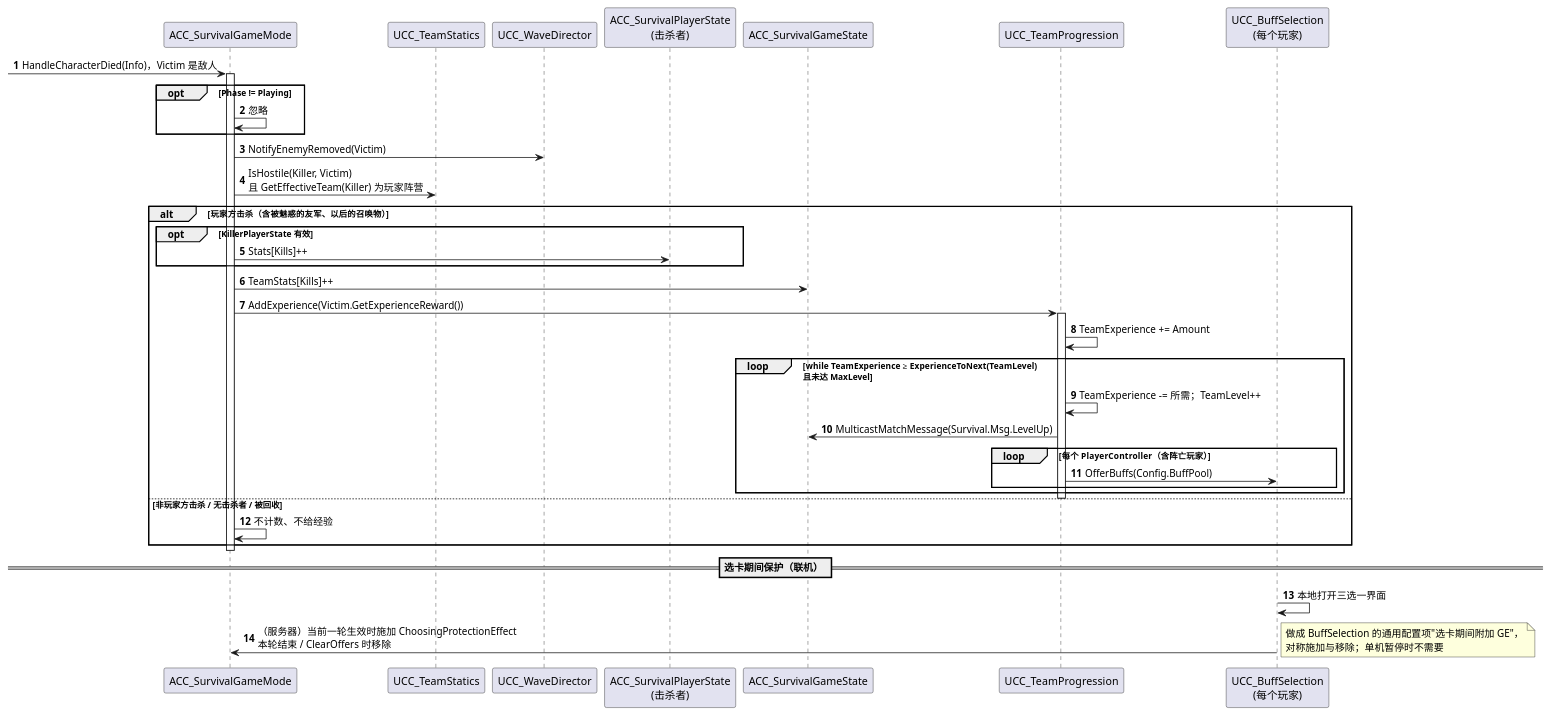
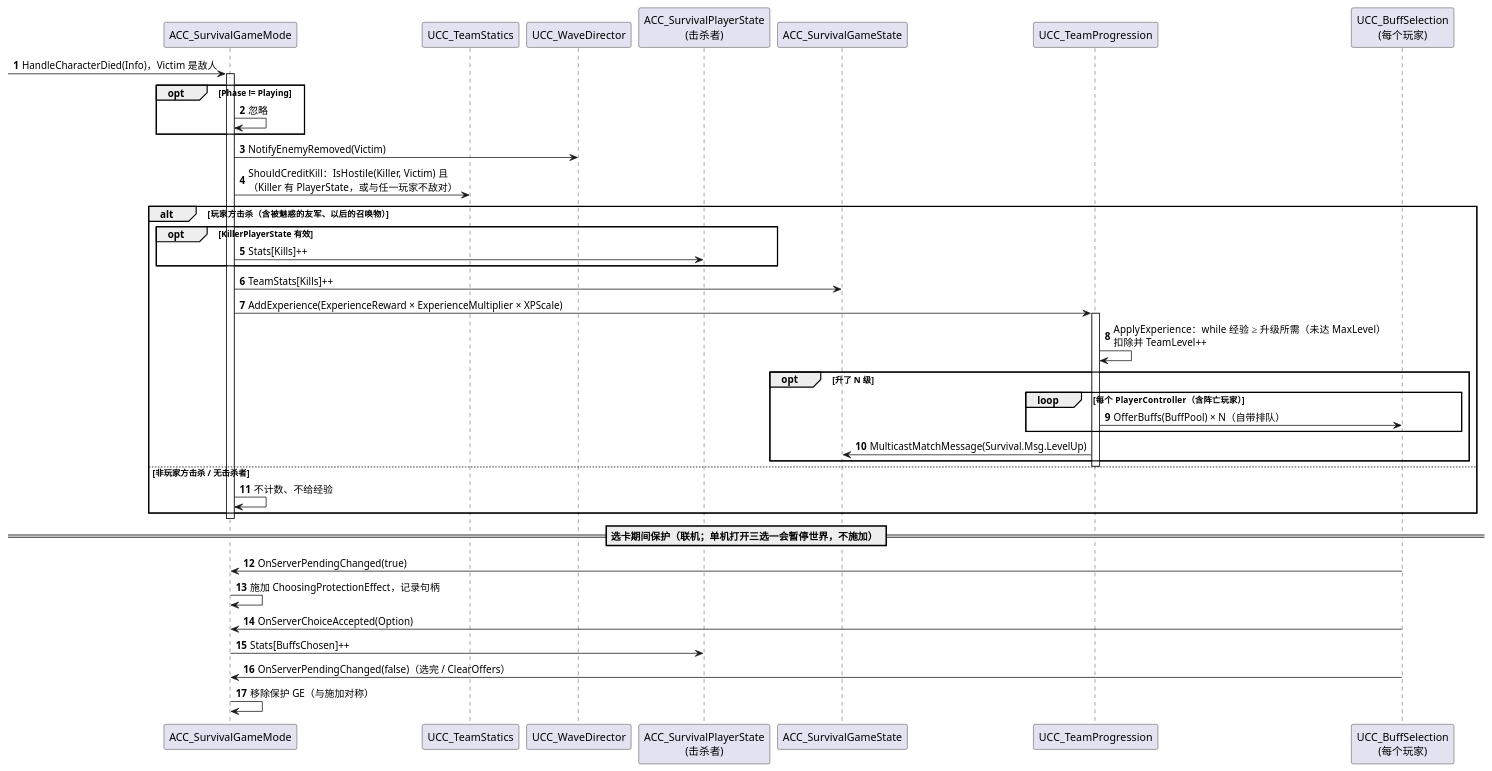
The ninth of 11 diagrams in Docs/SurvivalMode.zh-CN.md (peng984251536/GAS_Demo), drawn with PlantUML before and after one commit. The commit also changed other lines of this file and 141 other files, not shown here.

````diff
--- a/Docs/SurvivalMode.zh-CN.md
+++ b/Docs/SurvivalMode.zh-CN.md
@@ -662,51 +710,50 @@
 ```plantuml
 @startuml 共享经验与升级
 skinparam shadowing false
 skinparam defaultFontName "Microsoft YaHei"
 autonumber
 
 participant "ACC_SurvivalGameMode" as GM
 participant "UCC_TeamStatics" as TEAM
 participant "UCC_WaveDirector" as WD
 participant "ACC_SurvivalPlayerState\n(击杀者)" as KPS
 participant "ACC_SurvivalGameState" as GS
 participant "UCC_TeamProgression" as TP
 participant "UCC_BuffSelection\n(每个玩家)" as BS
 
 [-> GM : HandleCharacterDied(Info)，Victim 是敌人
 activate GM
 opt Phase != Playing
   GM -> GM : 忽略
 end
 GM -> WD : NotifyEnemyRemoved(Victim)
-GM -> TEAM : IsHostile(Killer, Victim)\n且 GetEffectiveTeam(Killer) 为玩家阵营
+GM -> TEAM : ShouldCreditKill：IsHostile(Killer, Victim) 且\n（Killer 有 PlayerState，或与任一玩家不敌对）
 alt 玩家方击杀（含被魅惑的友军、以后的召唤物）
   opt KillerPlayerState 有效
     GM -> KPS : Stats[Kills]++
   end
   GM -> GS : TeamStats[Kills]++
-  GM -> TP : AddExperience(Victim.GetExperienceReward())
+  GM -> TP : AddExperience(ExperienceReward × ExperienceMultiplier × XPScale)
   activate TP
-  TP -> TP : TeamExperience += Amount
-  loop while TeamExperience ≥ ExperienceToNext(TeamLevel)\n且未达 MaxLevel
-    TP -> TP : TeamExperience -= 所需；TeamLevel++
+  TP -> TP : ApplyExperience：while 经验 ≥ 升级所需（未达 MaxLevel）\n扣除并 TeamLevel++
+  opt 升了 N 级
+    loop 每个 PlayerController（含阵亡玩家）
+      TP -> BS : OfferBuffs(BuffPool) × N（自带排队）
+    end
     TP -> GS : MulticastMatchMessage(Survival.Msg.LevelUp)
-    loop 每个 PlayerController（含阵亡玩家）
-      TP -> BS : OfferBuffs(Config.BuffPool)
-    end
   end
   deactivate TP
-else 非玩家方击杀 / 无击杀者 / 被回收
+else 非玩家方击杀 / 无击杀者
   GM -> GM : 不计数、不给经验
 end
 deactivate GM
 
-== 选卡期间保护（联机） ==
-BS -> BS : 本地打开三选一界面
-BS -> GM : （服务器）当前一轮生效时施加 ChoosingProtectionEffect\n本轮结束 / ClearOffers 时移除
-note right
-  做成 BuffSelection 的通用配置项"选卡期间附加 GE"，
-  对称施加与移除；单机暂停时不需要
-end note
+== 选卡期间保护（联机；单机打开三选一会暂停世界，不施加） ==
+BS -> GM : OnServerPendingChanged(true)
+GM -> GM : 施加 ChoosingProtectionEffect，记录句柄
+BS -> GM : OnServerChoiceAccepted(Option)
+GM -> KPS : Stats[BuffsChosen]++
+BS -> GM : OnServerPendingChanged(false)（选完 / ClearOffers）
+GM -> GM : 移除保护 GE（与施加对称）
 @enduml
 ```
````
